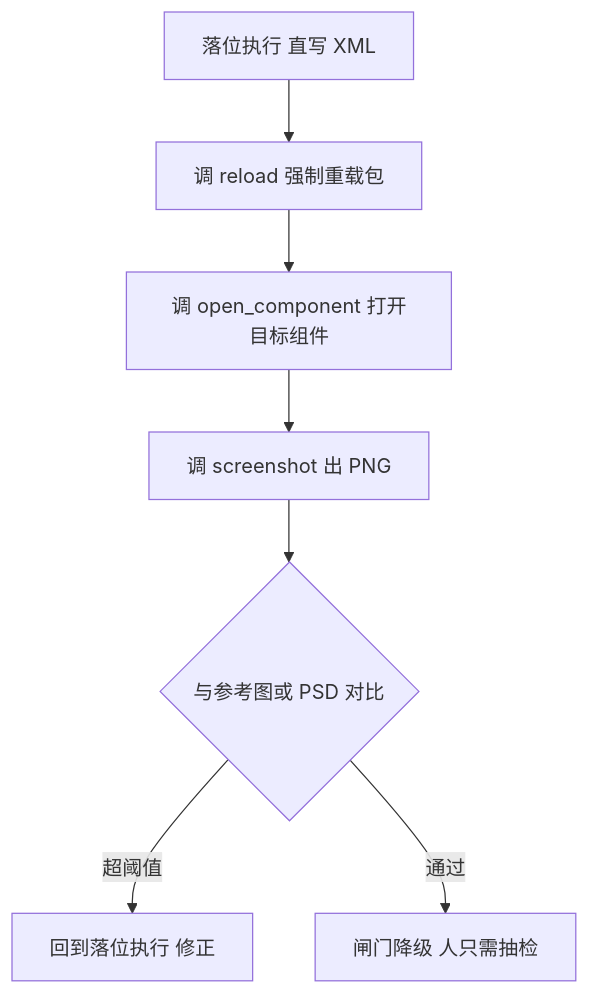
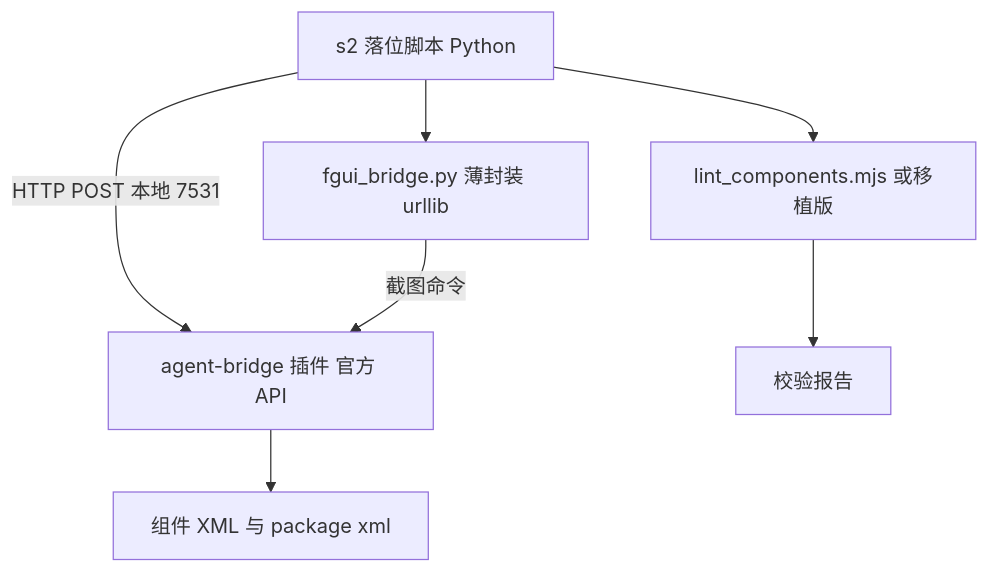
One commit to mickorz/game-workbench changed the fourth of 4 diagrams in dev-docs/research/FairyGUI插件构建可行性分析.md. Above: the diagram before and after it, drawn with Mermaid. The commit also changed other lines of this file and 1 other file, not shown here.

Commit message:
引入 fairygui-agent-bridge 子模块，重写可行性分析：以 HTTP 桥为底座，补两项目对照与收编顺序

````diff
--- a/dev-docs/research/FairyGUI插件构建可行性分析.md
+++ b/dev-docs/research/FairyGUI插件构建可行性分析.md
@@ -194,9 +200,9 @@
 ```mermaid
 flowchart TD
-    A[落位执行 直写 XML] --> B[调 reload 强制重载包]
-    B --> C[调 open_component 打开目标组件]
-    C --> D[调 screenshot 出 PNG]
-    D --> E{与参考图或 PSD 对比}
-    E -->|超阈值| F[回到落位执行 修正]
-    E -->|通过| G[闸门降级 人只需抽检]
+    A[s2 落位脚本 Python] -->|HTTP POST 本地 7531| B[agent-bridge 插件 官方 API]
+    B --> C[组件 XML 与 package xml]
+    A --> D[fgui_bridge.py 薄封装 urllib]
+    D -->|截图命令| B
+    A --> E[lint_components.mjs 或移植版]
+    E --> F[校验报告]
 ```
````
